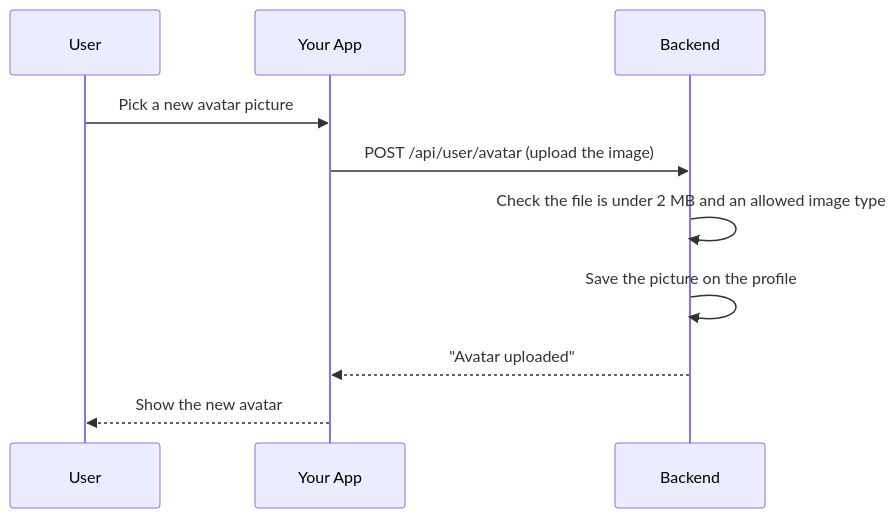
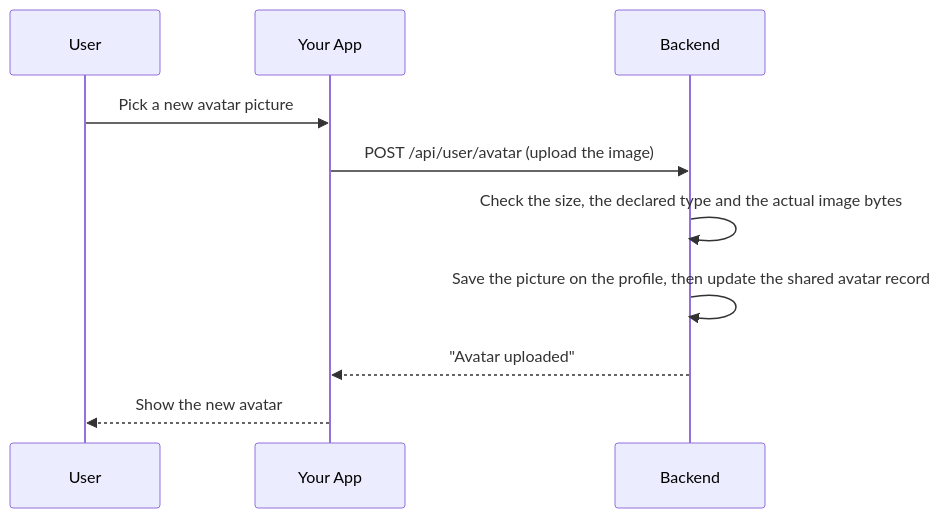
Before and after one commit to JaxzTan/ft_transcendence: the third of 5 diagrams in docs/backend/backend-user-module.md, drawn with Mermaid. The commit also changed other lines of this file and 68 other files, not shown here.

````diff
--- a/docs/backend/backend-user-module.md
+++ b/docs/backend/backend-user-module.md
@@ -143,13 +147,13 @@
 ```mermaid
 sequenceDiagram
     participant User
     participant Site as Your App
     participant Server as Backend
 
     User->>Site: Pick a new avatar picture
     Site->>Server: POST /api/user/avatar (upload the image)
-    Server->>Server: Check the file is under 2 MB and an allowed image type
-    Server->>Server: Save the picture on the profile
+    Server->>Server: Check the size, the declared type and the actual image bytes
+    Server->>Server: Save the picture on the profile, then update the shared avatar record
     Server-->>Site: "Avatar uploaded"
     Site-->>User: Show the new avatar
 ```
````
